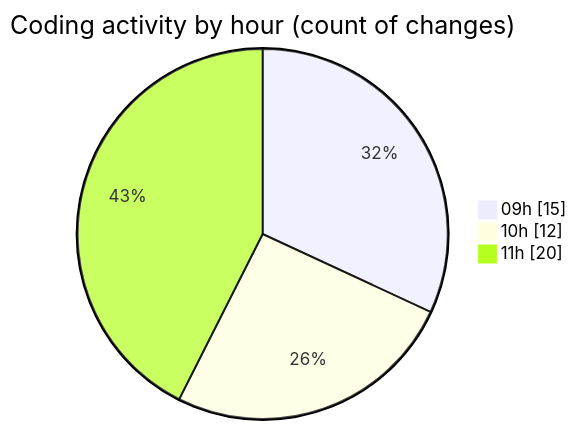
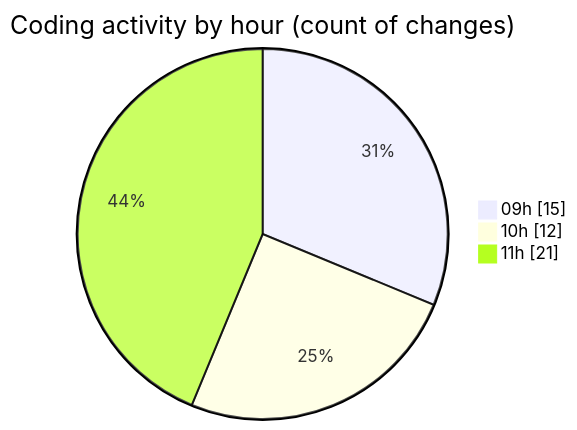
One commit to lephambinh05/code-tracking changed the second of 2 diagrams in 2025-09-16/datanv/README.md. Above: the diagram before and after it, drawn with Mermaid. The commit also changed other lines of this file and 1 other file, not shown here.

````diff
--- a/2025-09-16/datanv/README.md
+++ b/2025-09-16/datanv/README.md
@@ -45,7 +46,7 @@
 ```mermaid
 pie showData
 title Coding activity by hour (count of changes)
 "09h" : 15
 "10h" : 12
-"11h" : 20
+"11h" : 21
 ```
````
